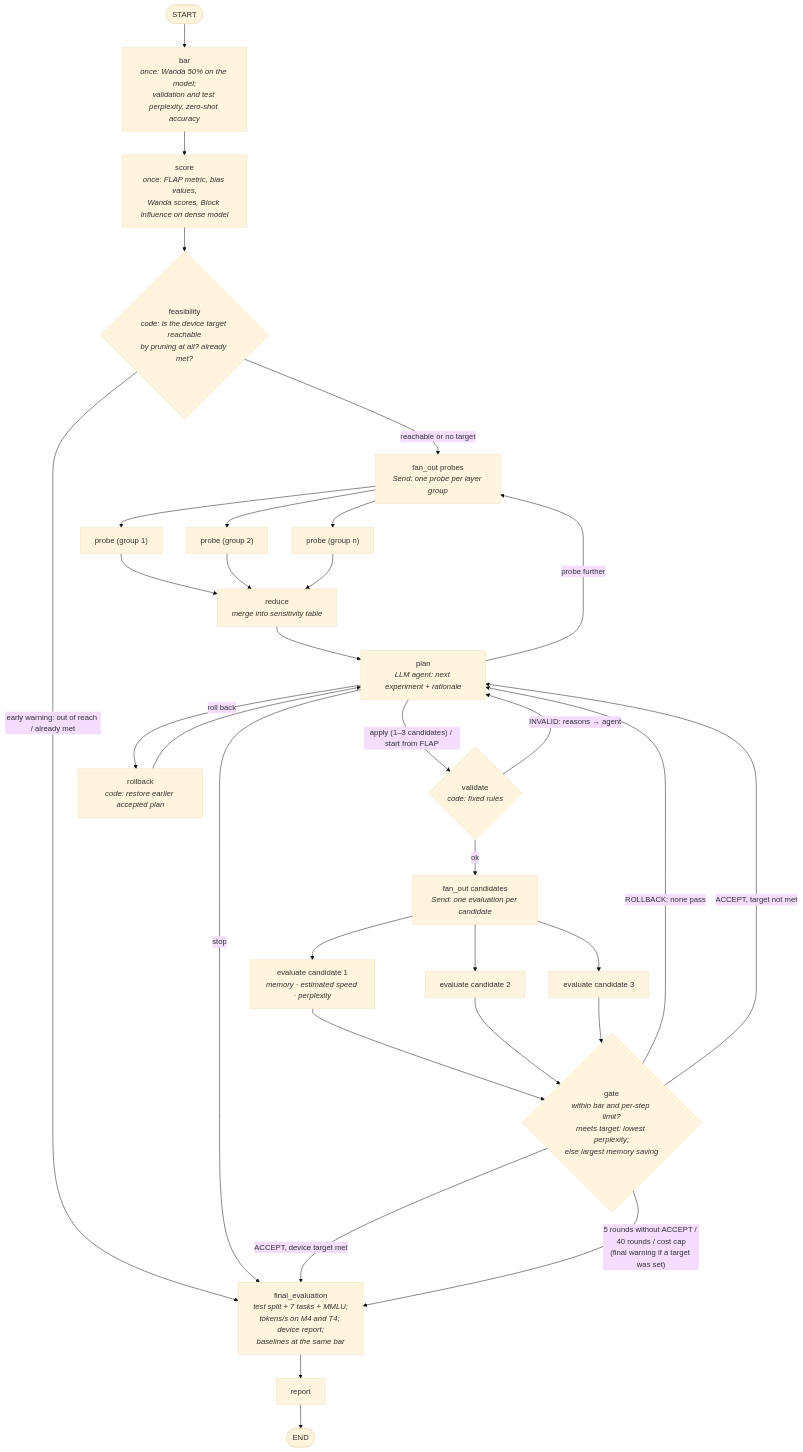
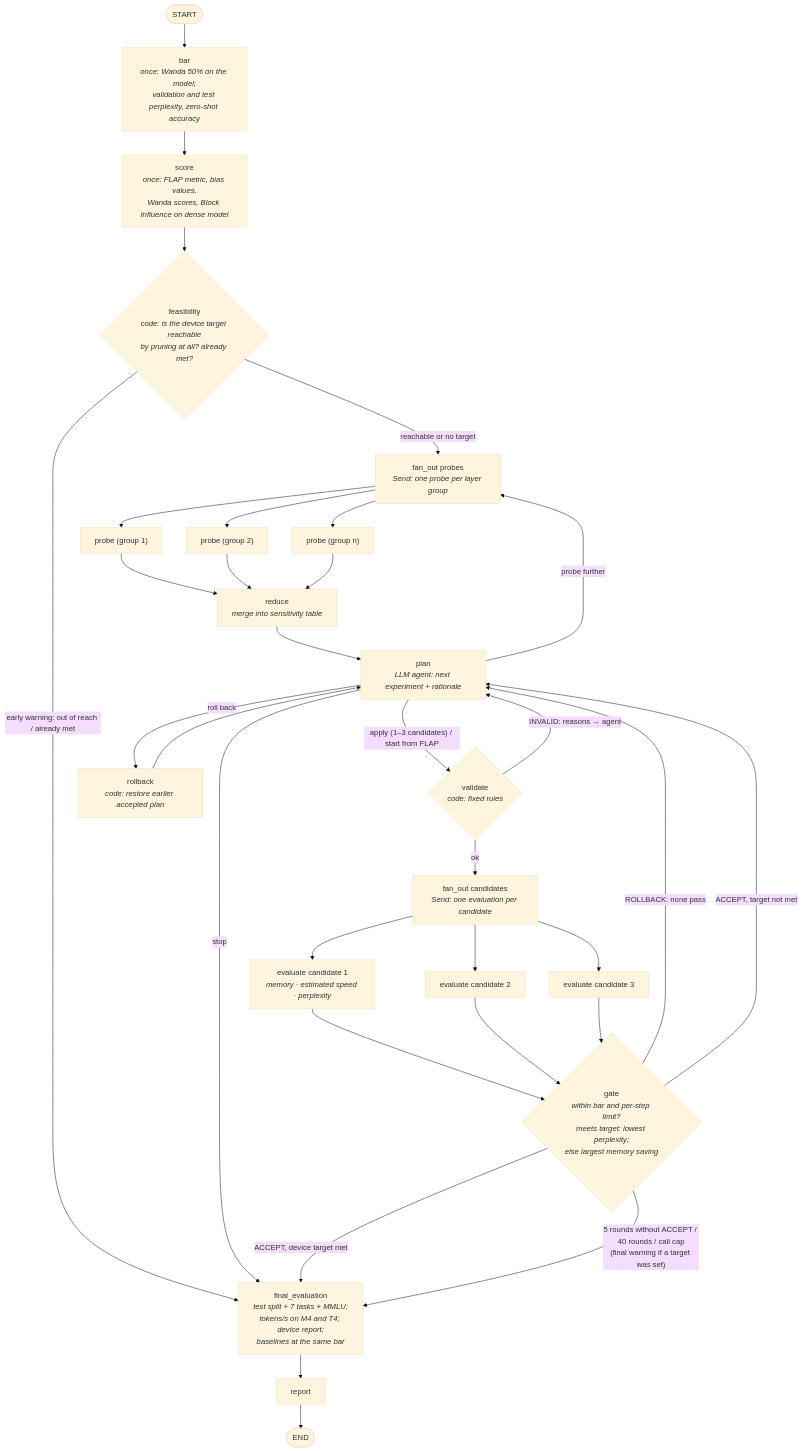
One commit to stephxu96/pruneagent changed the third of 4 diagrams in ARCHITECTURE.md. Above: the diagram before and after it, drawn with Mermaid (base theme). The commit also changed other lines of this file and 16 other files, not shown here.

````diff
--- a/ARCHITECTURE.md
+++ b/ARCHITECTURE.md
@@ -236,24 +245,24 @@
 ```mermaid
 flowchart TD
     S([START]) --> BR["bar<br/><i>once: Wanda 50% on the model;<br/>validation and test perplexity, zero-shot accuracy</i>"]
     BR --> SC["score<br/><i>once: FLAP metric, bias values,<br/>Wanda scores, Block Influence on dense model</i>"]
     SC --> FE{"feasibility<br/><i>code: is the device target reachable<br/>by pruning at all? already met?</i>"}
     FE -- "early warning: out of reach / already met" --> FN
     FE -- "reachable or no target" --> FO["fan_out probes<br/><i>Send: one probe per layer group</i>"]
     FO --> PB1["probe (group 1)"] & PB2["probe (group 2)"] & PBN["probe (group n)"]
     PB1 & PB2 & PBN --> RD["reduce<br/><i>merge into sensitivity table</i>"]
     RD --> PL["plan<br/><i>LLM agent: next experiment + rationale</i>"]
     PL -- "probe further" --> FO
     PL -- "stop" --> FN
     PL -- "apply (1–3 candidates) / start from FLAP" --> VA{"validate<br/><i>code: fixed rules</i>"}
     PL -- "roll back" --> RB["rollback<br/><i>code: restore earlier accepted plan</i>"] --> PL
     VA -- "INVALID: reasons → agent" --> PL
     VA -- "ok" --> FC["fan_out candidates<br/><i>Send: one evaluation per candidate</i>"]
     FC --> E1["evaluate candidate 1<br/><i>memory · estimated speed · perplexity</i>"] & E2["evaluate candidate 2"] & E3["evaluate candidate 3"]
     E1 & E2 & E3 --> GT{"gate<br/><i>within bar and per-step limit?<br/>meets target: lowest perplexity;<br/>else largest memory saving</i>"}
     GT -- "ROLLBACK: none pass" --> PL
     GT -- "ACCEPT, target not met" --> PL
     GT -- "ACCEPT, device target met" --> FN
-    GT -- "5 rounds without ACCEPT / 40 rounds / cost cap<br/>(final warning if a target was set)" --> FN["final_evaluation<br/><i>test split + 7 tasks + MMLU;<br/>tokens/s on M4 and T4; device report;<br/>baselines at the same bar</i>"]
+    GT -- "5 rounds without ACCEPT / 40 rounds / call cap<br/>(final warning if a target was set)" --> FN["final_evaluation<br/><i>test split + 7 tasks + MMLU;<br/>tokens/s on M4 and T4; device report;<br/>baselines at the same bar</i>"]
     FN --> RP["report"] --> E([END])
 ```
````
